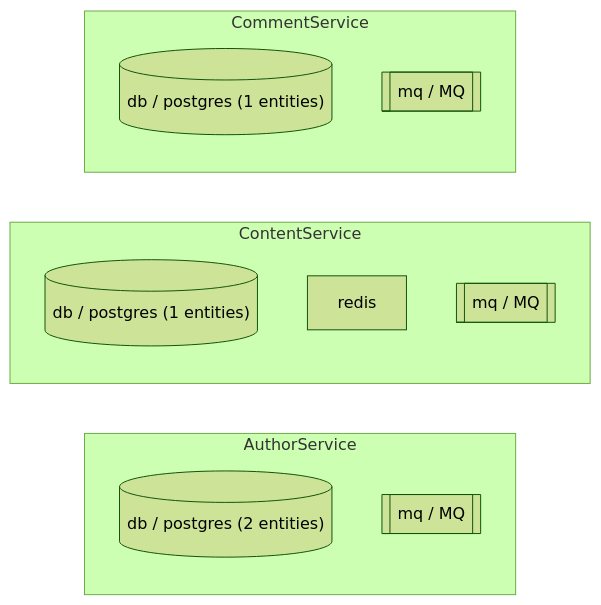
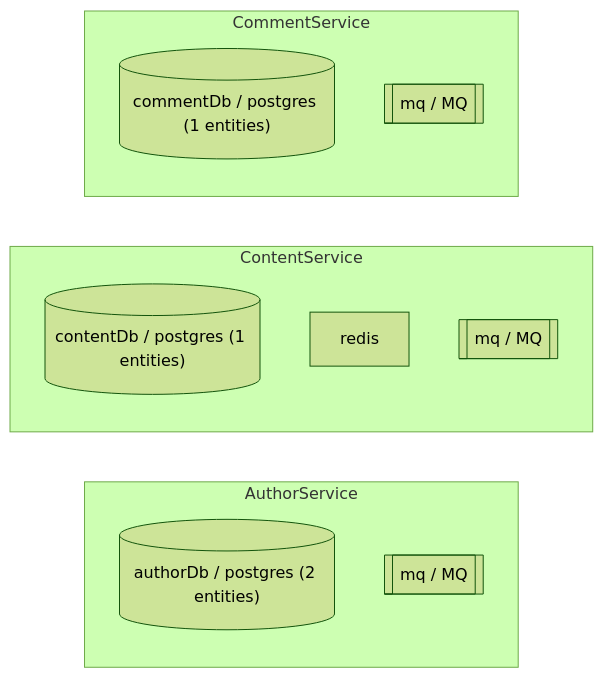
Before and after one commit to keturk/datrix: the diagram in examples/02-domains/blog-cms/docs/diagrams/infrastructure.md, drawn with Mermaid (forest theme). The commit also changed 158 other files, not shown here.

First line of the commit message:
Examples: name RDBMS blocks and align diagrams/docs with multi-datasource style

````diff
--- a/examples/02-domains/blog-cms/docs/diagrams/infrastructure.md
+++ b/examples/02-domains/blog-cms/docs/diagrams/infrastructure.md
@@ -3,16 +3,16 @@
 ```mermaid
 graph LR
     subgraph "AuthorService"
-    author_service_rdbms_db[("db / postgres (2 entities)")]
+    author_service_rdbms_author_db[("authorDb / postgres (2 entities)")]
     author_service_mq_mq[["mq / MQ"]]
     end
     subgraph "ContentService"
-    content_service_rdbms_db[("db / postgres (1 entities)")]
+    content_service_rdbms_content_db[("contentDb / postgres (1 entities)")]
     content_service_cache["redis"]
     content_service_mq_mq[["mq / MQ"]]
     end
     subgraph "CommentService"
-    comment_service_rdbms_db[("db / postgres (1 entities)")]
+    comment_service_rdbms_comment_db[("commentDb / postgres (1 entities)")]
     comment_service_mq_mq[["mq / MQ"]]
     end
 ```
````
